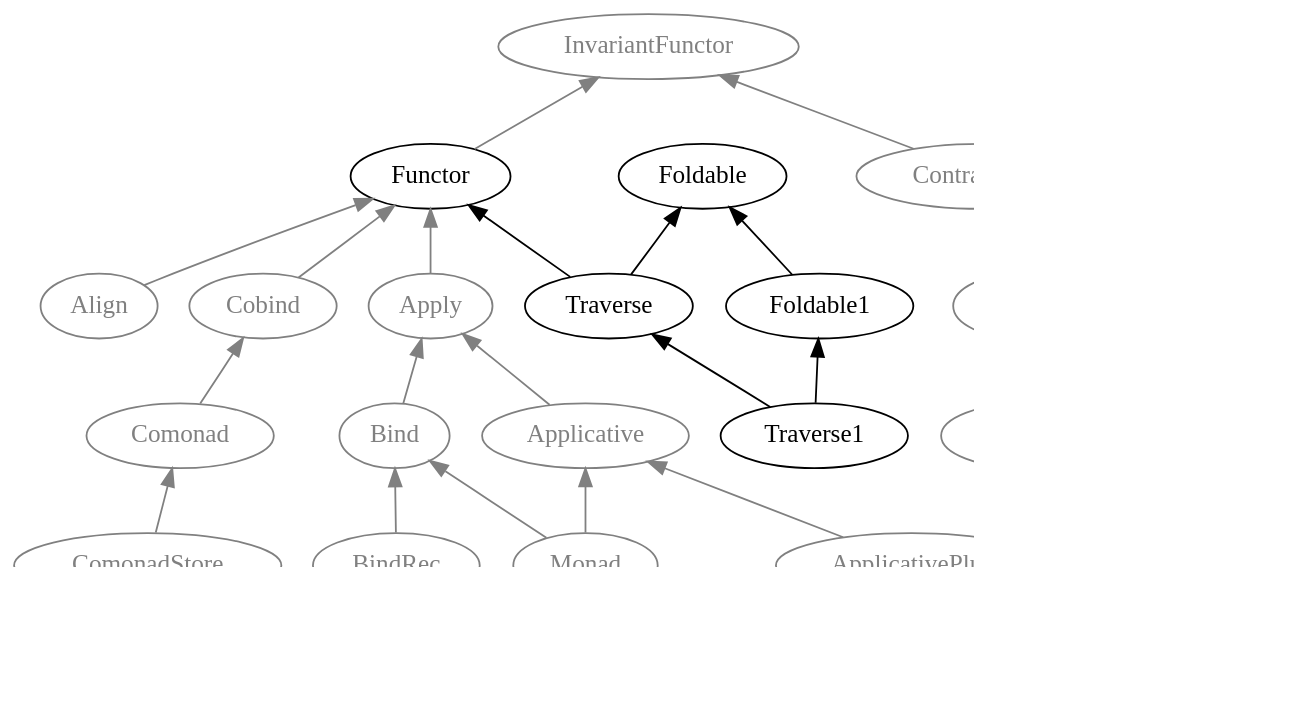
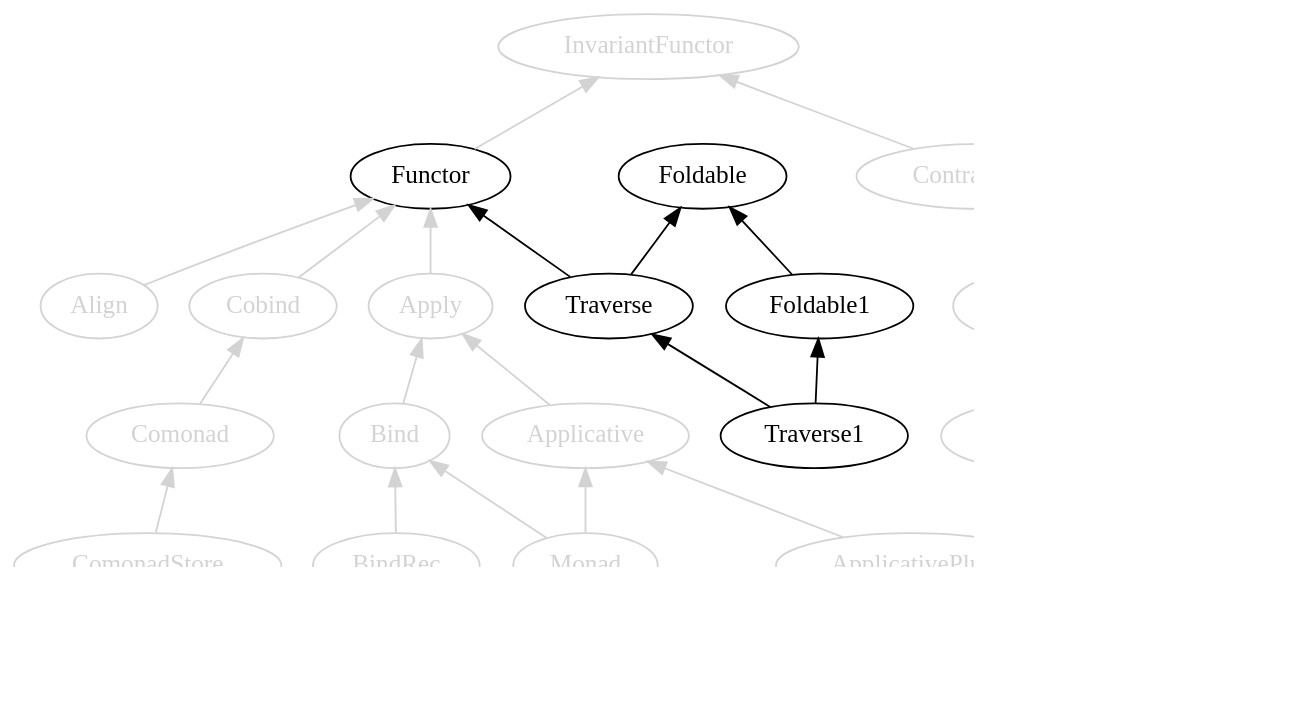
The seventh of 10 diagrams in manuscript/book.org (fommil/fpmortals), drawn with Graphviz before and after one commit. The commit also changed other lines of this file and 4 other files, not shown here.

Commit message:
really anal colouring of the dot graphs

```diff
--- a/manuscript/book.org
+++ b/manuscript/book.org
@@ -3472,57 +3466,67 @@
 #+BEGIN_SRC dot :file images/scalaz-mappable.png :exports results
 digraph G {
     graph [dpi=100, rankdir=BT];
     node [fontname=Hack];
+    node [fontcolor=lightgray,color=lightgray];
+    edge [color=lightgray]
 
-    subgraph {
-      node [fontcolor=grey,color=grey];
-      edge [color=grey];
+    Bind;
+    Apply;
+    BindRec;
+    Contravariant;
+    Functor [fontcolor=black,color=black];
+    InvariantFunctor;
+    Functor;
+    Divide;
+    Divisible;
+    Apply;
+    Applicative;
+    Foldable1 [fontcolor=black,color=black];
+    Foldable [fontcolor=black,color=black];
+    Traverse [fontcolor=black,color=black];
+    Traverse1 [fontcolor=black,color=black];
+    Monad;
+    "Advanced Monads" [style=dashed];
+    Cobind;
+    Comonad;
+    PlusEmpty;
+    IsEmpty;
+    ApplicativePlus;
+    ComonadStore;
+    Align;
 
-      Bind -> Apply;
-      BindRec -> Bind;
+    Bind -> Apply;
+    BindRec -> Bind;
 
-      Contravariant -> InvariantFunctor;
-      Functor [fontcolor=black,color=black];
-      Functor -> InvariantFunctor;
+    Contravariant -> InvariantFunctor;
+    Functor -> InvariantFunctor;
 
-      Divide -> Contravariant;
-      Divisible -> Divide;
-      Apply -> Functor;
-      Applicative -> Apply;
+    Divide -> Contravariant;
+    Divisible -> Divide;
+    Apply -> Functor;
+    Applicative -> Apply;
 
-      Foldable1 [fontcolor=black,color=black];
-      Foldable [fontcolor=black,color=black];
-      Traverse [fontcolor=black,color=black];
-      Traverse1 [fontcolor=black,color=black];
+    Foldable1 -> Foldable [color=black];
+    Traverse -> Functor [color=black];
+    Traverse -> Foldable [color=black];
+    Traverse1 -> Traverse [color=black];
+    Traverse1 -> Foldable1 [color=black];
 
-      Monad -> Applicative;
+    Monad -> Applicative;
+    "Advanced Monads" -> Monad;
+    Monad -> Bind;
+ 
+    Cobind -> Functor;
+    Comonad -> Cobind;
 
-      "Advanced Monads" [style=dashed];
-      "Advanced Monads" -> Monad;
+    PlusEmpty -> Plus;
+    IsEmpty -> PlusEmpty;
 
-      Monad -> Bind;
+    ApplicativePlus -> Applicative;
+    ApplicativePlus -> PlusEmpty;
 
-      Cobind -> Functor;
-      Comonad -> Cobind;
+    ComonadStore -> Comonad;
 
-      PlusEmpty -> Plus;
-      IsEmpty -> PlusEmpty;
-
-      ApplicativePlus -> Applicative;
-      ApplicativePlus -> PlusEmpty;
-
-      ComonadStore -> Comonad;
-
-      Align -> Functor;
-    }
-
-    subgraph mappable {
-      Foldable1 -> Foldable;
-      Traverse -> Functor;
-      Traverse -> Foldable;
-      Traverse1 -> Traverse;
-      Traverse1 -> Foldable1;
-    }
-
+    Align -> Functor;
 }
 #+END_SRC
```
